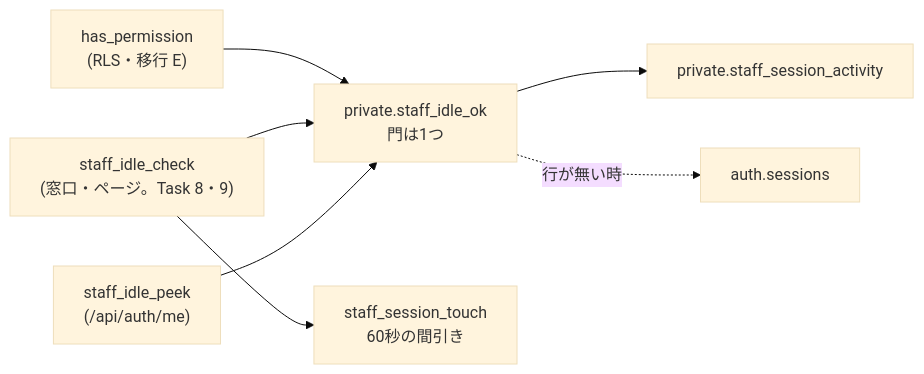
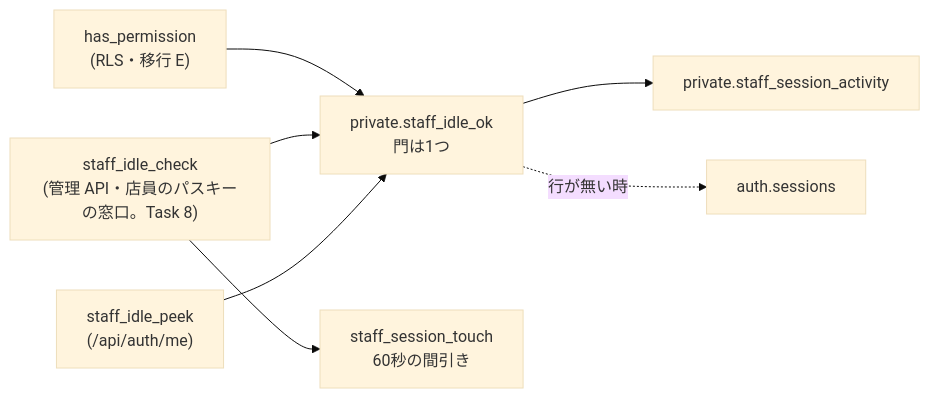
One commit to ChocoWork/o_official changed diagram 21 of 21 in docs/03_BasicDesign/areas/auth.md. Above: the diagram before and after it, drawn with Mermaid (base theme). The commit also changed other lines of this file and 48 other files, not shown here.

````diff
--- a/docs/03_BasicDesign/areas/auth.md
+++ b/docs/03_BasicDesign/areas/auth.md
@@ -2230,9 +2230,9 @@
 ```mermaid
 flowchart LR
   H["has_permission<br/>(RLS・移行 E)"] --> O["private.staff_idle_ok<br/>門は1つ"]
-  C["staff_idle_check<br/>(窓口・ページ。Task 8・9)"] --> O
+  C["staff_idle_check<br/>(管理 API・店員のパスキーの窓口。Task 8)"] --> O
   P["staff_idle_peek<br/>(/api/auth/me)"] --> O
   C --> T["staff_session_touch<br/>60秒の間引き"]
   O --> A["private.staff_session_activity"]
   O -.行が無い時.-> S["auth.sessions"]
 ```
````
